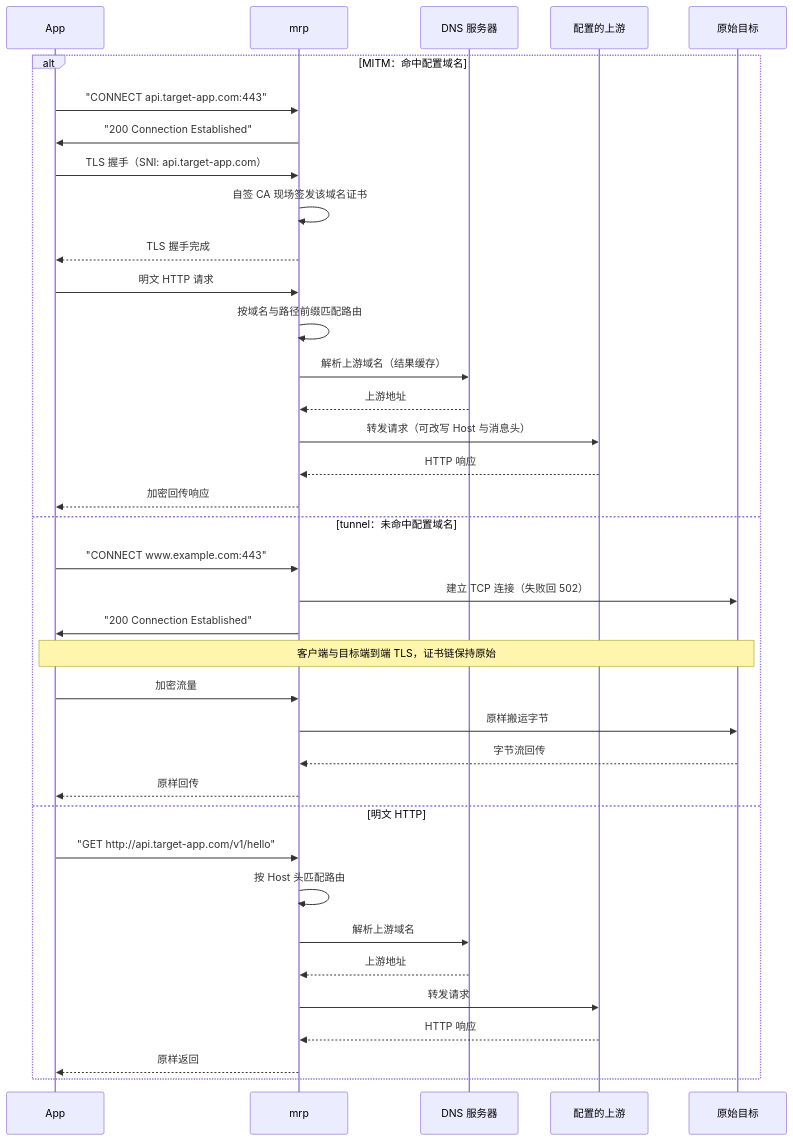
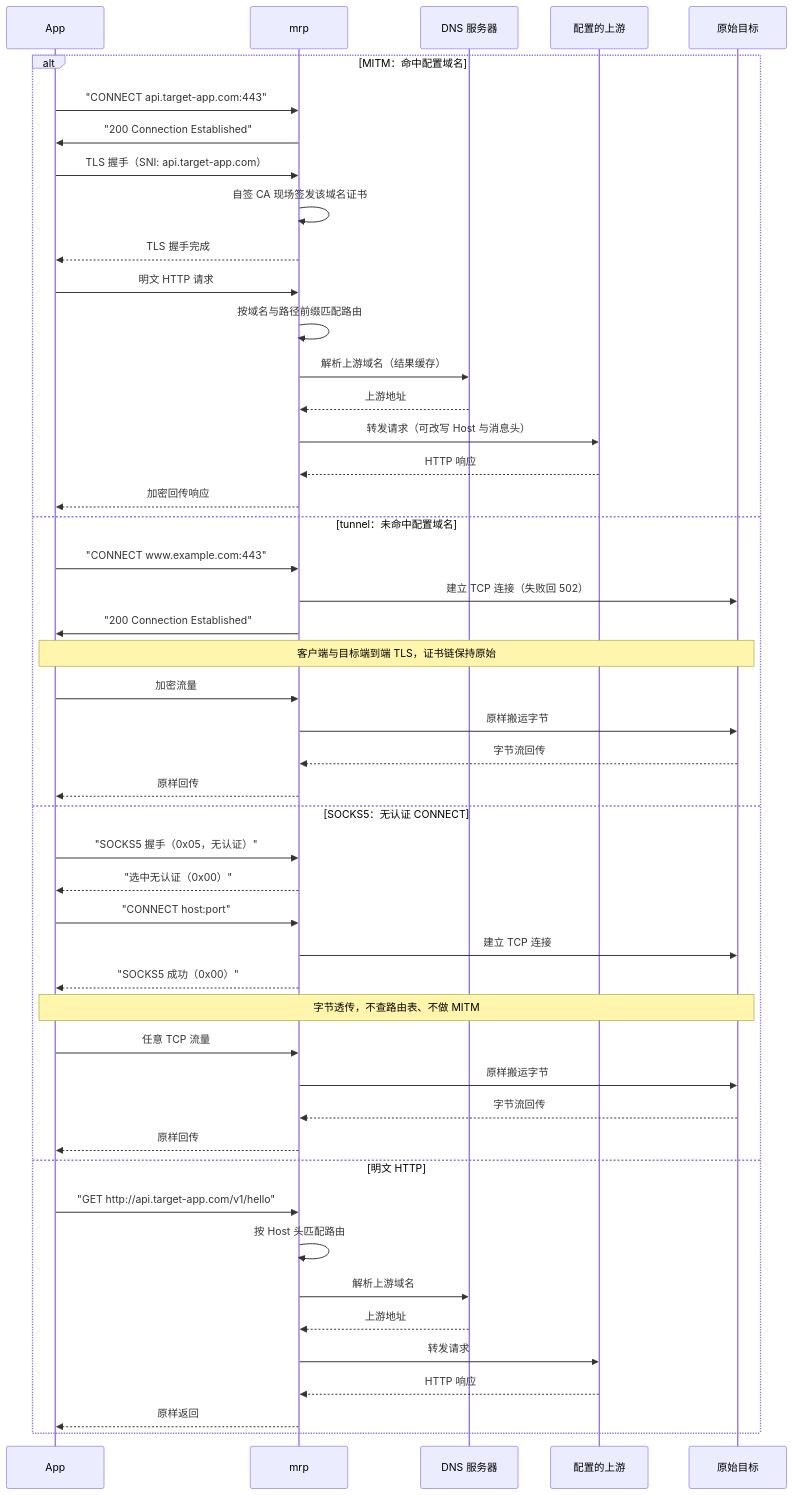
The diagram in README.md (isunk/MyReverseProxy), drawn with Mermaid before and after one commit. The commit also changed other lines of this file and 9 other files, not shown here.

First line of the commit message:
feat: 新增 SOCKS5 无认证 CONNECT 代理，重构场景矩阵为处置模式归类

````diff
--- a/README.md
+++ b/README.md
@@ -25,40 +27,51 @@
 ```mermaid
 sequenceDiagram
     participant App as App
     participant mrp as mrp
     participant DNS as DNS 服务器
     participant Up as 配置的上游
     participant Tgt as 原始目标
 
     alt MITM：命中配置域名
         App->>mrp: "CONNECT api.target-app.com:443"
         mrp->>App: "200 Connection Established"
         App->>mrp: TLS 握手（SNI: api.target-app.com）
         mrp->>mrp: 自签 CA 现场签发该域名证书
         mrp-->>App: TLS 握手完成
         App->>mrp: 明文 HTTP 请求
         mrp->>mrp: 按域名与路径前缀匹配路由
         mrp->>DNS: 解析上游域名（结果缓存）
         DNS-->>mrp: 上游地址
         mrp->>Up: 转发请求（可改写 Host 与消息头）
         Up-->>mrp: HTTP 响应
         mrp-->>App: 加密回传响应
     else tunnel：未命中配置域名
         App->>mrp: "CONNECT www.example.com:443"
         mrp->>Tgt: 建立 TCP 连接（失败回 502）
         mrp->>App: "200 Connection Established"
         Note over App,Tgt: 客户端与目标端到端 TLS，证书链保持原始
         App->>mrp: 加密流量
         mrp->>Tgt: 原样搬运字节
         Tgt-->>mrp: 字节流回传
         mrp-->>App: 原样回传
+    else SOCKS5：无认证 CONNECT
+        App->>mrp: "SOCKS5 握手（0x05，无认证）"
+        mrp-->>App: "选中无认证（0x00）"
+        App->>mrp: "CONNECT host:port"
+        mrp->>Tgt: 建立 TCP 连接
+        mrp-->>App: "SOCKS5 成功（0x00）"
+        Note over App,Tgt: 字节透传，不查路由表、不做 MITM
+        App->>mrp: 任意 TCP 流量
+        mrp->>Tgt: 原样搬运字节
+        Tgt-->>mrp: 字节流回传
+        mrp-->>App: 原样回传
     else 明文 HTTP
         App->>mrp: "GET http://api.target-app.com/v1/hello"
         mrp->>mrp: 按 Host 头匹配路由
         mrp->>DNS: 解析上游域名
         DNS-->>mrp: 上游地址
         mrp->>Up: 转发请求
         Up-->>mrp: HTTP 响应
         mrp-->>App: 原样返回
     end
 ```
````
